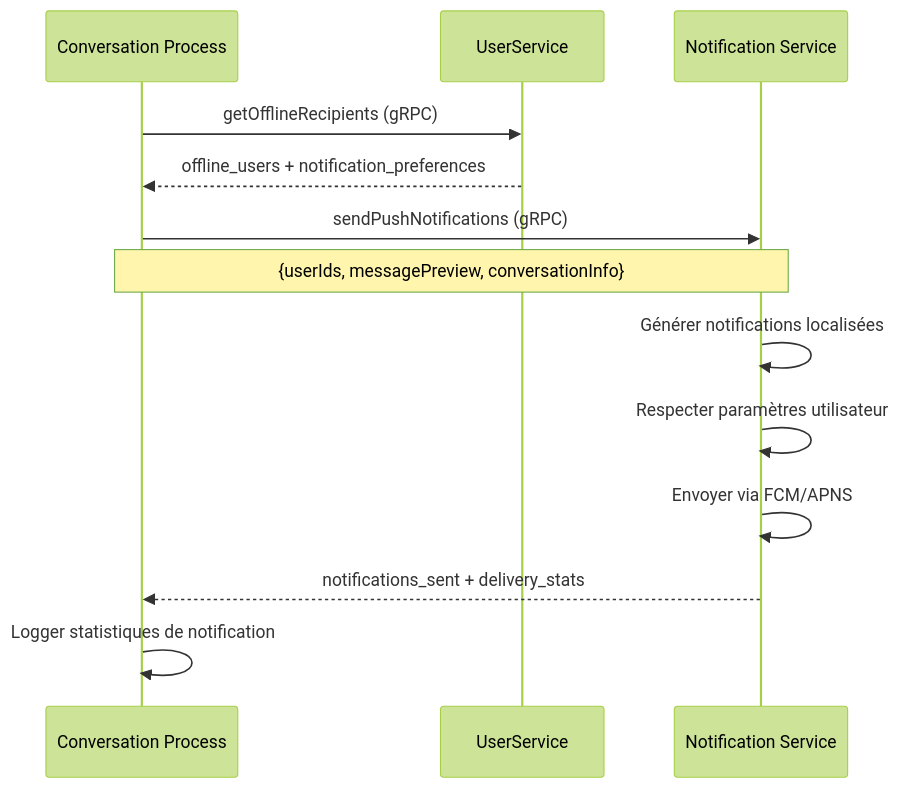
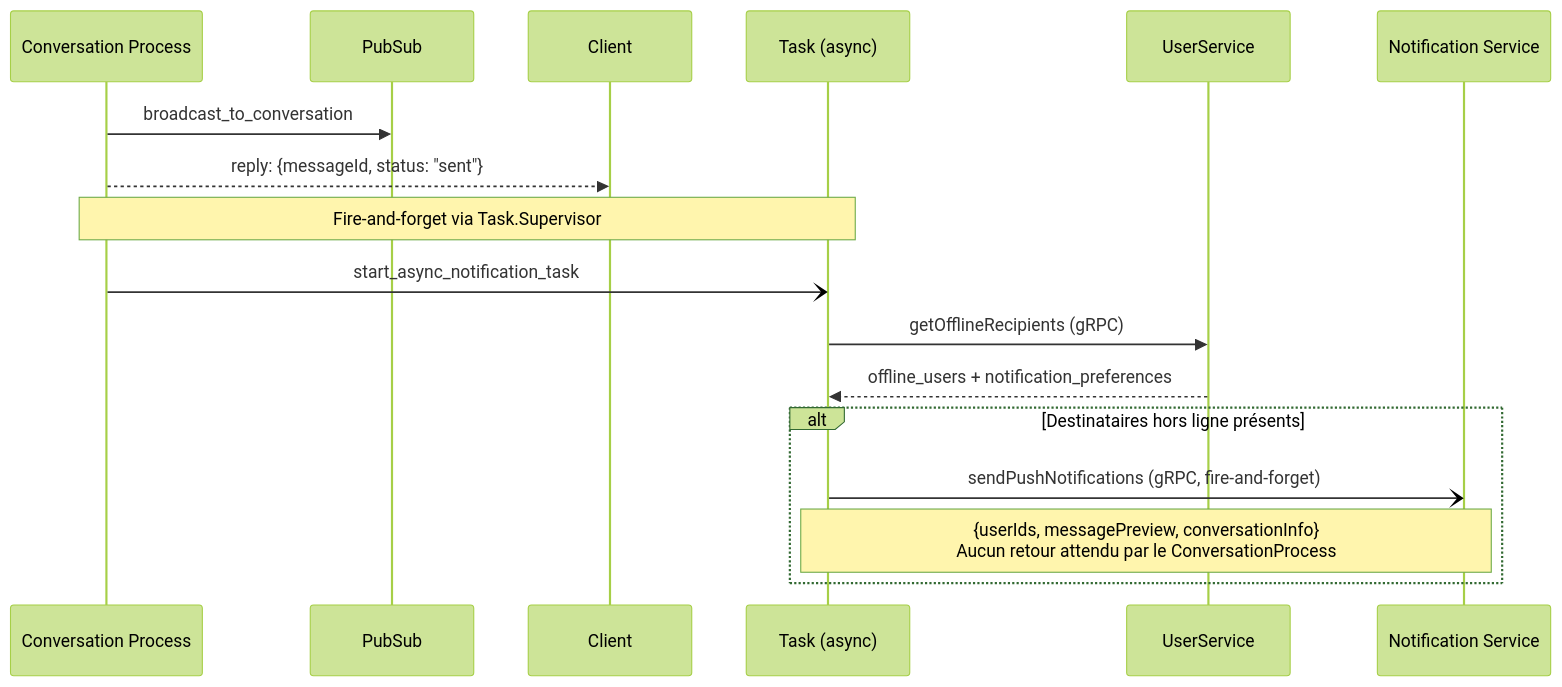
Diagram 14 of 14 in documentation/src/2_fonctional_specs/2_messages_transmission.md (whispr-messenger/messaging-service), drawn with Mermaid (forest theme) before and after one commit. The commit also changed other lines of this file and 1 other file, not shown here.

Commit message:
docs: align inter-service call specs with bounded context principles
- Replace synchronous validateMessagePermissions gRPC call with local
  membership check in ConversationProcess; block state managed via
  async events from user-service (eventual consistency)
- Make notification calls (notifyNewConversation, notifyNewGroupConversation,
  sendPushNotifications) explicitly fire-and-forget async — client response
  is not gated on notification delivery
- Clarify that getOfflineRecipients runs inside an async task after the
  sent reply has already been returned to the client

````diff
--- a/documentation/src/2_fonctional_specs/2_messages_transmission.md
+++ b/documentation/src/2_fonctional_specs/2_messages_transmission.md
@@ -580,19 +581,24 @@
 ```mermaid
 sequenceDiagram
     participant ConvProcess as Conversation Process
+    participant PubSub
+    participant Client
+    participant Task as Task (async)
     participant UserService
     participant NotifService as Notification Service
-    
-    ConvProcess->>UserService: getOfflineRecipients (gRPC)
-    UserService-->>ConvProcess: offline_users + notification_preferences
-    
-    ConvProcess->>NotifService: sendPushNotifications (gRPC)
-    Note over ConvProcess,NotifService: {userIds, messagePreview, conversationInfo}
-    
-    NotifService->>NotifService: Générer notifications localisées
-    NotifService->>NotifService: Respecter paramètres utilisateur
-    NotifService->>NotifService: Envoyer via FCM/APNS
-    
-    NotifService-->>ConvProcess: notifications_sent + delivery_stats
-    ConvProcess->>ConvProcess: Logger statistiques de notification
+
+    ConvProcess->>PubSub: broadcast_to_conversation
+    ConvProcess-->>Client: reply: {messageId, status: "sent"}
+
+    Note over ConvProcess,Task: Fire-and-forget via Task.Supervisor
+
+    ConvProcess-)Task: start_async_notification_task
+
+    Task->>UserService: getOfflineRecipients (gRPC)
+    UserService-->>Task: offline_users + notification_preferences
+
+    alt Destinataires hors ligne présents
+        Task-)NotifService: sendPushNotifications (gRPC, fire-and-forget)
+        Note over Task,NotifService: {userIds, messagePreview, conversationInfo}<br/>Aucun retour attendu par le ConversationProcess
+    end
 ```
````
